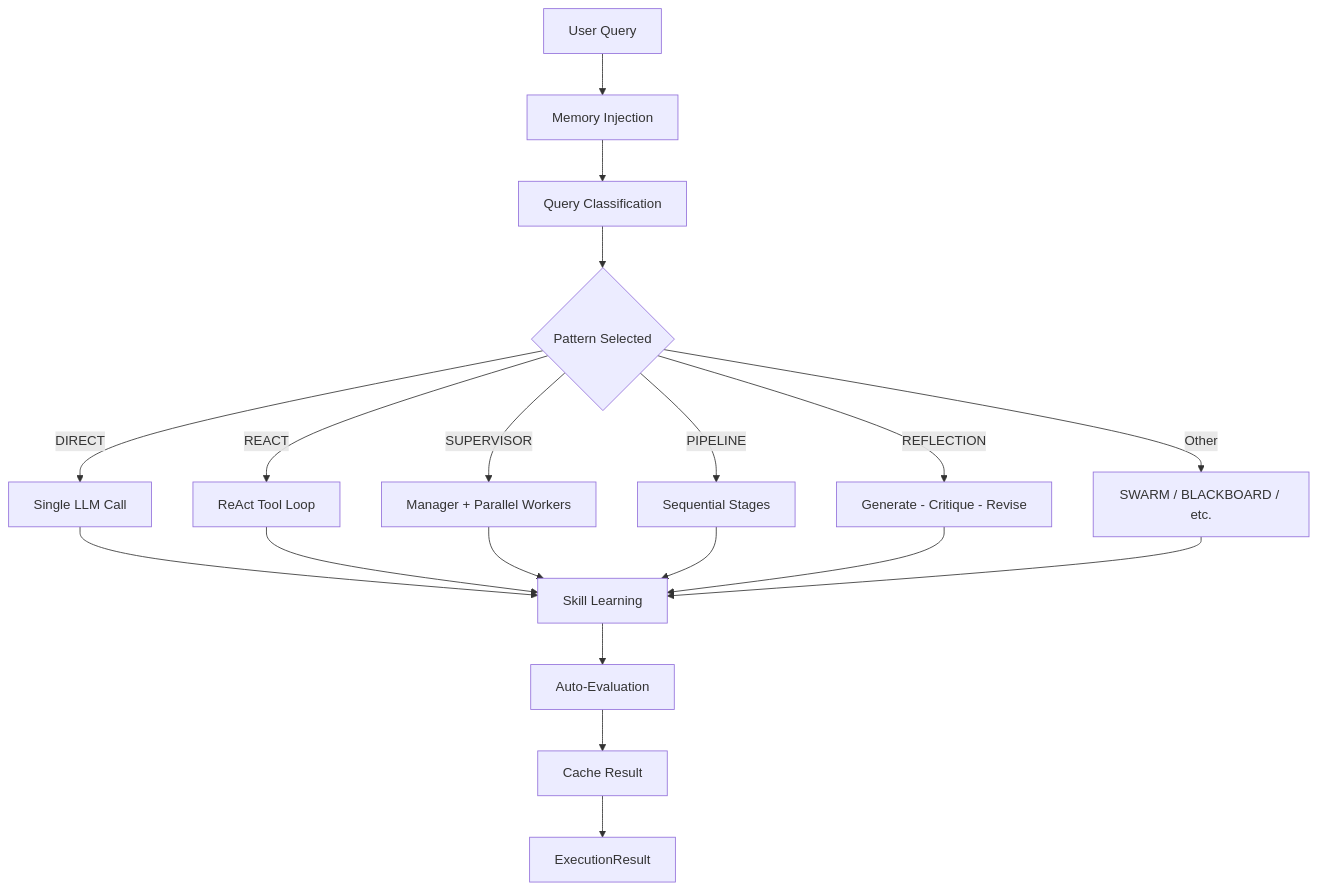
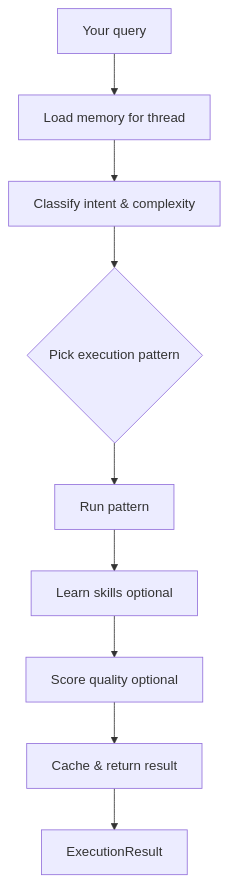
The first of 2 diagrams in agloom/docs/concepts/how-it-works.md (HELLOMEDHIRA/agloom), drawn with Mermaid before and after one commit. The commit also changed other lines of this file and 131 other files, not shown here.

````diff
--- a/agloom/docs/concepts/how-it-works.md
+++ b/agloom/docs/concepts/how-it-works.md
@@ -9,21 +11,11 @@
 ```mermaid
 flowchart TD
-    A[User Query] --> B[Memory Injection]
-    B --> C[Query Classification]
-    C --> D{Pattern Selected}
-    D -->|DIRECT| E[Single LLM Call]
-    D -->|REACT| F[ReAct Tool Loop]
-    D -->|SUPERVISOR| G[Manager + Parallel Workers]
-    D -->|PIPELINE| H[Sequential Stages]
-    D -->|REFLECTION| I[Generate - Critique - Revise]
-    D -->|Other| J[SWARM / BLACKBOARD / etc.]
-    E --> K[Skill Learning]
-    F --> K
-    G --> K
-    H --> K
-    I --> K
-    J --> K
-    K --> L[Auto-Evaluation]
-    L --> M[Cache Result]
-    M --> N[ExecutionResult]
+    A[Your query] --> B[Load memory for thread]
+    B --> C[Classify intent & complexity]
+    C --> D{Pick execution pattern}
+    D --> E[Run pattern]
+    E --> F[Learn skills optional]
+    F --> G[Score quality optional]
+    G --> H[Cache & return result]
+    H --> I[ExecutionResult]
 ```
````
